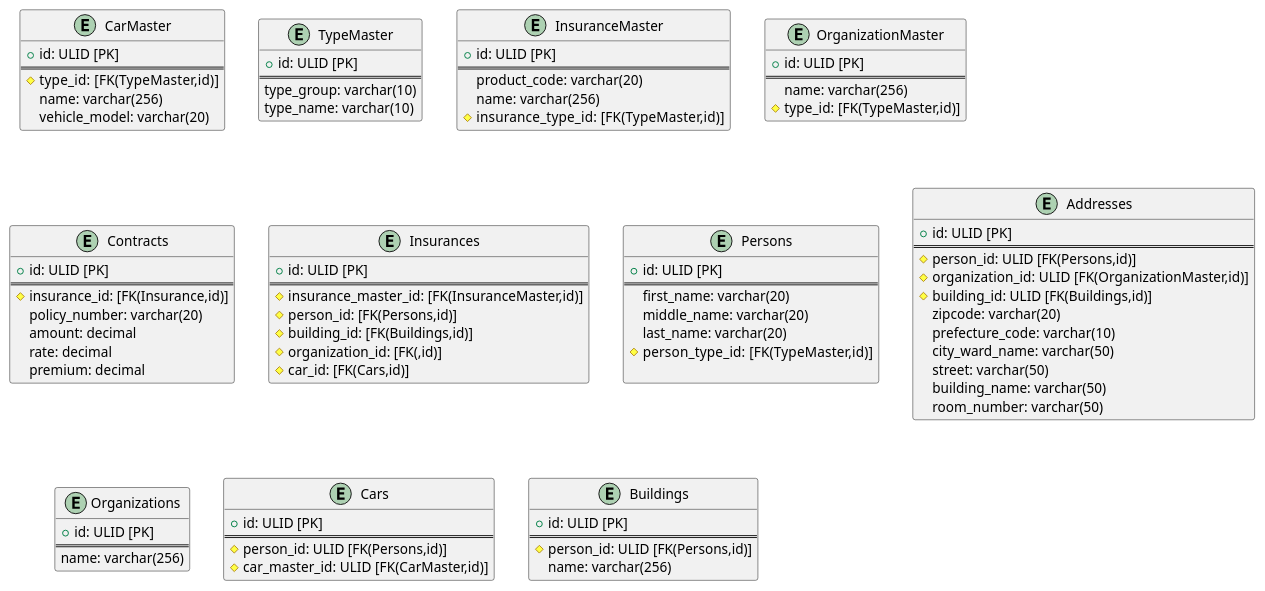
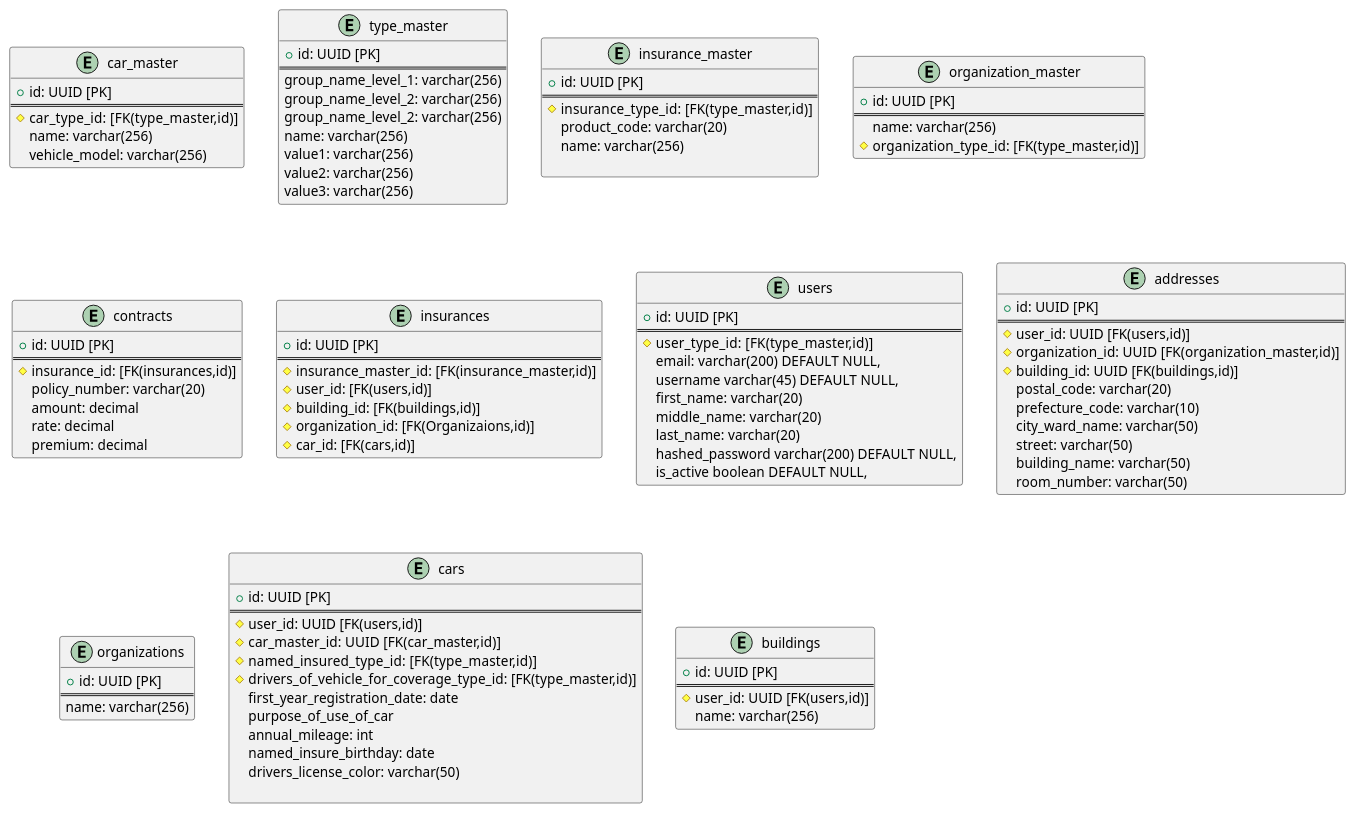
One commit to naofumiaoyama/NonLifeInsurance changed the diagram in doc/ContractER.md. Above: the diagram before and after it, drawn with PlantUML. The commit also changed other lines of this file and 42 other files, not shown here.

````diff
--- a/doc/ContractER.md
+++ b/doc/ContractER.md
@@ -3,72 +3,81 @@
 ```puml
 @startuml
-entity "CarMaster" {
-    + id: ULID [PK]
+entity "car_master" {
+    + id: UUID [PK]
     ==
-     # type_id:  [FK(TypeMaster,id)]
+     # car_type_id:  [FK(type_master,id)]
     name: varchar(256)
-    vehicle_model: varchar(20)
+    vehicle_model: varchar(256)
 }
 
-entity "TypeMaster" {
-    + id: ULID [PK]
+entity "type_master" {
+    + id: UUID [PK]
     ==
-    type_group: varchar(10)
-    type_name: varchar(10)
+    group_name_level_1: varchar(256)
+    group_name_level_2: varchar(256)
+    group_name_level_2: varchar(256)
+    name: varchar(256)
+    value1: varchar(256)
+    value2: varchar(256)
+    value3: varchar(256)
 }
 
-entity "InsuranceMaster" {
-    + id: ULID [PK]
+entity "insurance_master" {
+    + id: UUID [PK]
     ==
+    # insurance_type_id:  [FK(type_master,id)]
     product_code: varchar(20)
     name: varchar(256)
-    # insurance_type_id:  [FK(TypeMaster,id)]
+
 }
 
-entity "OrganizationMaster" {
-    + id: ULID [PK]
+entity "organization_master" {
+    + id: UUID [PK]
     ==
     name: varchar(256)
-    # type_id: [FK(TypeMaster,id)]
+    # organization_type_id: [FK(type_master,id)]
 }
 
-entity "Contracts" {
-    + id: ULID [PK]
+entity "contracts" {
+    + id: UUID [PK]
     ==
-    # insurance_id: [FK(Insurance,id)]
+    # insurance_id: [FK(insurances,id)]
     policy_number: varchar(20)
     amount: decimal
     rate: decimal
     premium: decimal
 }
 
-entity "Insurances" {
-    + id: ULID [PK]
+entity "insurances" {
+    + id: UUID [PK]
     ==
-    # insurance_master_id: [FK(InsuranceMaster,id)]
-    # person_id: [FK(Persons,id)]
-    # building_id: [FK(Buildings,id)]
-    # organization_id: [FK(,id)]
-    # car_id: [FK(Cars,id)]
+    # insurance_master_id: [FK(insurance_master,id)]
+    # user_id: [FK(users,id)]
+    # building_id: [FK(buildings,id)]
+    # organization_id: [FK(Organizaions,id)]
+    # car_id: [FK(cars,id)]
 }
 
-entity "Persons" {
-    + id: ULID [PK]
+entity "users" {
+    + id: UUID [PK]
     ==
+    # user_type_id:  [FK(type_master,id)]
+    email: varchar(200) DEFAULT NULL,
+    username varchar(45) DEFAULT NULL,
     first_name: varchar(20)
     middle_name: varchar(20)
     last_name: varchar(20)
-    # person_type_id:  [FK(TypeMaster,id)]
-
+    hashed_password varchar(200) DEFAULT NULL,
+    is_active boolean DEFAULT NULL,
 }
 
-entity "Addresses" {
-    + id: ULID [PK]
+entity "addresses" {
+    + id: UUID [PK]
     ==
-    # person_id: ULID [FK(Persons,id)]
-    # organization_id: ULID [FK(OrganizationMaster,id)]
-    # building_id: ULID [FK(Buildings,id)]
-    zipcode: varchar(20)
+    # user_id: UUID [FK(users,id)]
+    # organization_id: UUID [FK(organization_master,id)]
+    # building_id: UUID [FK(buildings,id)]
+    postal_code: varchar(20)
     prefecture_code: varchar(10)
     city_ward_name: varchar(50)
     street: varchar(50)
@@ -76,23 +85,31 @@
     room_number: varchar(50)
 }
 
-entity "Organizations" {
-    + id: ULID [PK]
+entity "organizations" {
+    + id: UUID [PK]
     ==
     name: varchar(256)
 }
 
-entity "Cars" {
-    + id: ULID [PK]
+entity "cars" {
+    + id: UUID [PK]
     ==
-    # person_id: ULID [FK(Persons,id)]
-    # car_master_id: ULID [FK(CarMaster,id)]
+    # user_id: UUID [FK(users,id)]
+    # car_master_id: UUID [FK(car_master,id)]
+    # named_insured_type_id:  [FK(type_master,id)]
+    # drivers_of_vehicle_for_coverage_type_id: [FK(type_master,id)]
+    first_year_registration_date: date
+    purpose_of_use_of_car
+    annual_mileage: int
+    named_insure_birthday: date
+    drivers_license_color: varchar(50)
+
 }
 
-entity "Buildings" {
-    + id: ULID [PK]
+entity "buildings" {
+    + id: UUID [PK]
     ==
-    # person_id: ULID [FK(Persons,id)]
+    # user_id: UUID [FK(users,id)]
     name: varchar(256)
 }
 
````
